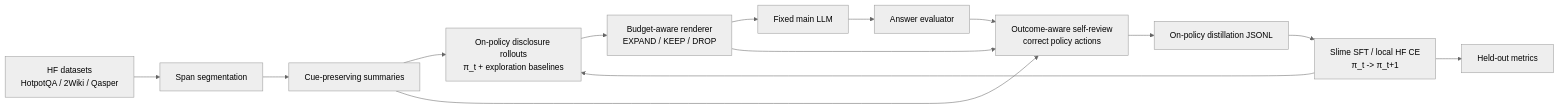
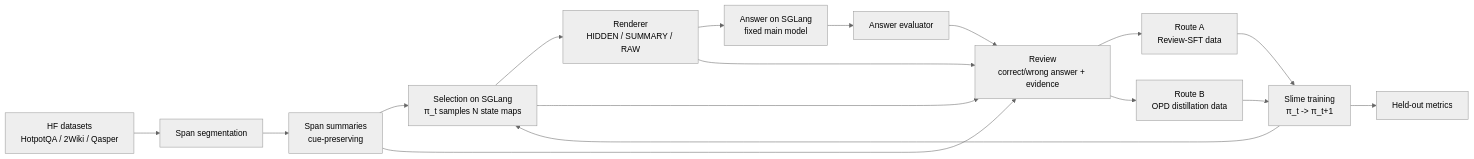
Before and after one commit to wuwanchun/CM-OPD: the diagram in research-automation/implementation-plans/progressive-disclosure-slime-roadmap.md, drawn with Mermaid (neutral theme). The commit also changed other lines of this file, not shown here.

Commit message:
docs: restructure selection answer training roadmap

````diff
--- a/research-automation/implementation-plans/progressive-disclosure-slime-roadmap.md
+++ b/research-automation/implementation-plans/progressive-disclosure-slime-roadmap.md
@@ -94,24 +115,26 @@
 ```mermaid
 flowchart LR
-    accTitle: Progressive Disclosure Slime Pipeline
-    accDescr: The pipeline builds cue-preserving summaries, lets the current policy generate disclosure rollouts, evaluates fixed-model answers, creates outcome-aware self-review targets, exports on-policy distillation samples, trains a lightweight policy, and evaluates held-out disclosure quality.
+    accTitle: Selection Answer Review Slime Pipeline
+    accDescr: The pipeline summarizes spans, runs SGLang selection multiple times per task, renders selected context, runs SGLang answer, creates Review-SFT and OPD-style distillation data, and trains the selection policy inside Slime.
 
     D["HF datasets<br/>HotpotQA / 2Wiki / Qasper"]
     SEG["Span segmentation"]
-    SUM["Cue-preserving summaries"]
-    ROLL["On-policy disclosure rollouts<br/>π_t + exploration baselines"]
-    REN["Budget-aware renderer<br/>EXPAND / KEEP / DROP"]
-    LLM["Fixed main LLM"]
+    SUM["Span summaries<br/>cue-preserving"]
+    SEL["Selection on SGLang<br/>π_t samples N state maps"]
+    REN["Renderer<br/>HIDDEN / SUMMARY / RAW"]
+    LLM["Answer on SGLang<br/>fixed main model"]
     EVAL["Answer evaluator"]
-    TCH["Outcome-aware self-review<br/>correct policy actions"]
-    SFT["On-policy distillation JSONL"]
-    TRAIN["Slime SFT / local HF CE<br/>π_t -> π_t+1"]
+    REV["Review<br/>correct/wrong answer + evidence"]
+    SFT["Route A<br/>Review-SFT data"]
+    OPD["Route B<br/>OPD distillation data"]
+    TRAIN["Slime training<br/>π_t -> π_t+1"]
     MET["Held-out metrics"]
 
-    D --> SEG --> SUM --> ROLL --> REN --> LLM --> EVAL
-    EVAL --> TCH
-    SUM --> TCH
-    REN --> TCH
-    TCH --> SFT --> TRAIN --> MET
-    TRAIN --> ROLL
+    D --> SEG --> SUM --> SEL --> REN --> LLM --> EVAL --> REV
+    SUM --> REV
+    SEL --> REV
+    REN --> REV
+    REV --> SFT --> TRAIN --> MET
+    REV --> OPD --> TRAIN
+    TRAIN --> SEL
 ```
````
